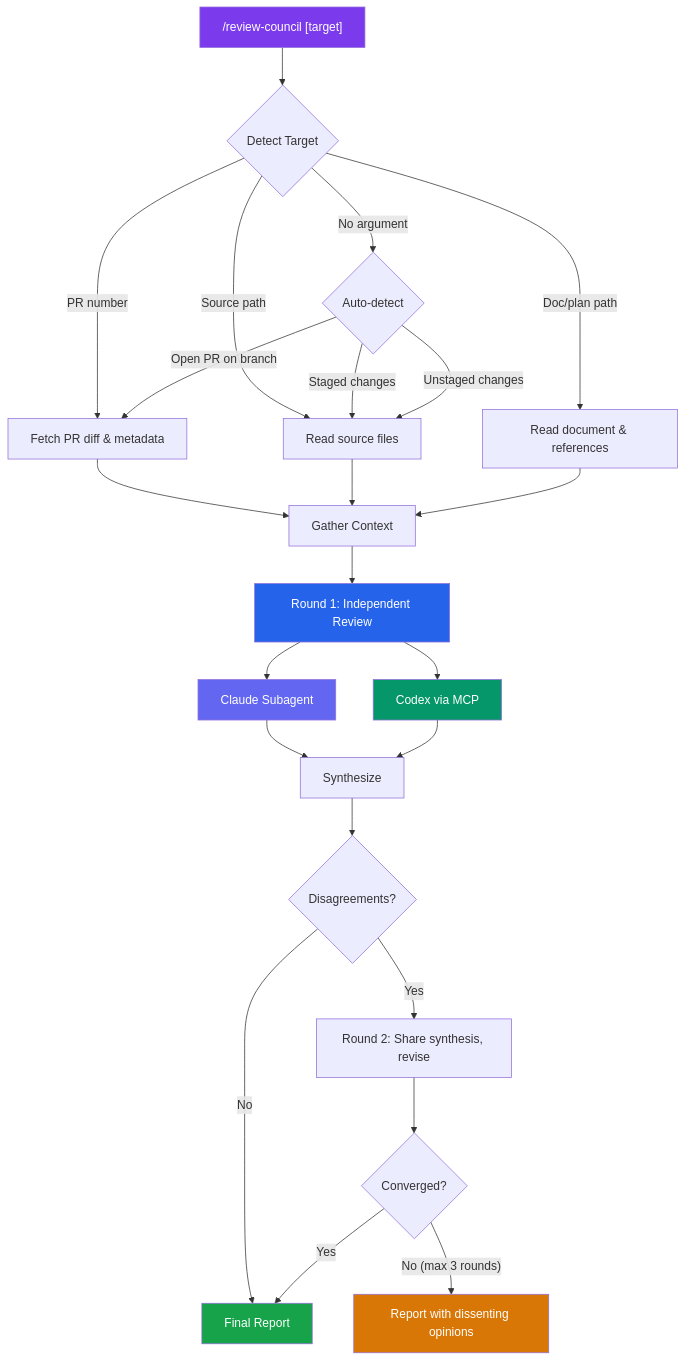
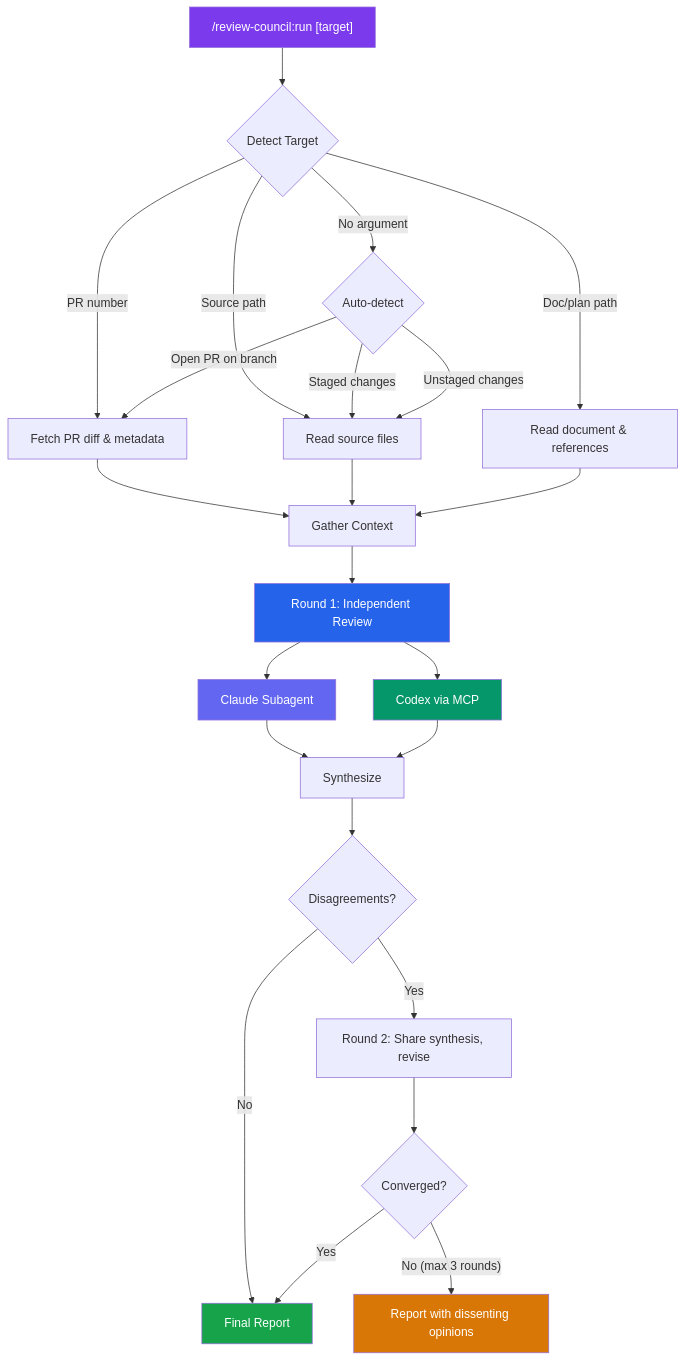
One commit to deployhq/review-council changed the first of 5 diagrams in README.md. Above: the diagram before and after it, drawn with Mermaid. The commit also changed other lines of this file and 5 other files, not shown here.

First line of the commit message:
fix: rename main command to /review-council:run and bump to v0.2.0

````diff
--- a/README.md
+++ b/README.md
@@ -34,38 +34,38 @@
 ```mermaid
 flowchart TD
-    A["/review-council [target]"] --> B{Detect Target}
+    A["/review-council:run [target]"] --> B{Detect Target}
     B -->|PR number| C["Fetch PR diff & metadata"]
     B -->|Source path| D["Read source files"]
     B -->|Doc/plan path| E["Read document & references"]
     B -->|No argument| F{Auto-detect}
     F -->|Open PR on branch| C
     F -->|Staged changes| D
     F -->|Unstaged changes| D
 
     C --> G["Gather Context"]
     D --> G
     E --> G
 
     G --> H["Round 1: Independent Review"]
 
     H --> I["Claude Subagent"]
     H --> J["Codex via MCP"]
 
     I --> K["Synthesize"]
     J --> K
 
     K --> L{Disagreements?}
     L -->|"Yes"| M["Round 2: Share synthesis, revise"]
     L -->|"No"| N["Final Report"]
 
     M --> O{Converged?}
     O -->|"Yes"| N
     O -->|"No (max 3 rounds)"| P["Report with dissenting opinions"]
 
     style A fill:#7c3aed,color:#fff
     style H fill:#2563eb,color:#fff
     style I fill:#6366f1,color:#fff
     style J fill:#059669,color:#fff
     style N fill:#16a34a,color:#fff
     style P fill:#d97706,color:#fff
 ```
````
